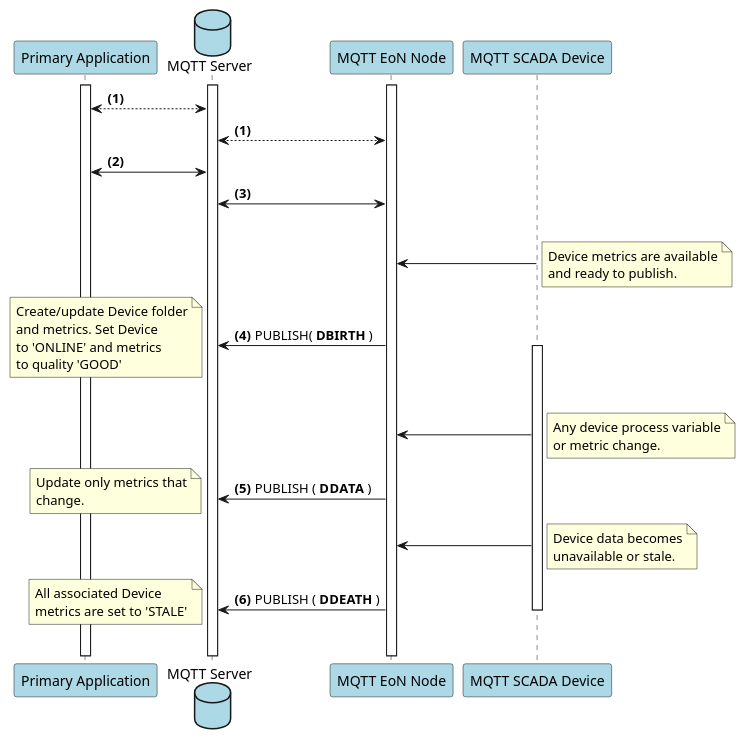
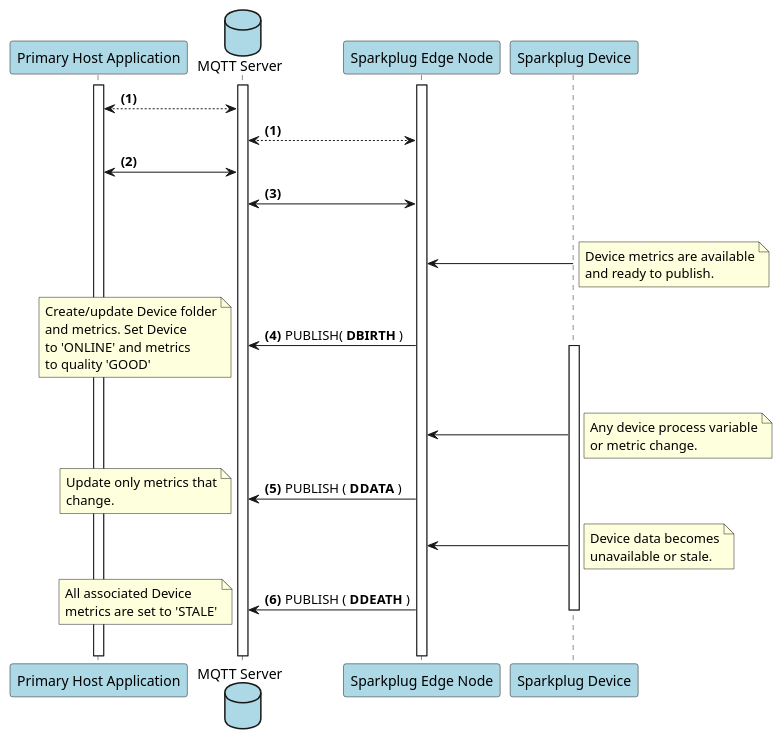
Before and after one commit to eclipse-sparkplug/sparkplug: the diagram in specification/src/main/asciidoc/assets/plantuml/mqtt-device-session-establishment.puml, drawn with PlantUML. The commit also changed 6 other files, not shown here.

```diff
--- a/specification/src/main/asciidoc/assets/plantuml/mqtt-device-session-establishment.puml
+++ b/specification/src/main/asciidoc/assets/plantuml/mqtt-device-session-establishment.puml
@@ -1,72 +1,72 @@
 @startuml
-participant "Primary Application" as PrimApp #lightblue
+participant "Primary Host Application" as PrimApp #lightblue
 database "MQTT Server" as Server #lightblue
-participant "MQTT EoN Node" as EoN #lightblue
-participant "MQTT SCADA Device" as Device #lightblue
+participant "Sparkplug Edge Node" as EdgeNode #lightblue
+participant "Sparkplug Device" as Device #lightblue
 
 activate PrimApp
 activate Server
-activate EoN
+activate EdgeNode
 
 
 autonumber 1 "<b>(#)"
 PrimApp <--> Server
 autonumber 1 "<b>(#)"
-Server <--> EoN
+Server <--> EdgeNode
 
 PrimApp <-> Server
-Server <-> EoN
+Server <-> EdgeNode
 
 |||
 
 autonumber stop
-EoN <- Device
+EdgeNode <- Device
 note right
 Device metrics are available
 and ready to publish.
 end note
 
 autonumber 4 "<b>(#)"
-Server <- EoN : PUBLISH( **DBIRTH** )
+Server <- EdgeNode : PUBLISH( **DBIRTH** )
 activate Device
 note left
 Create/update Device folder
 and metrics. Set Device
 to 'ONLINE' and metrics
 to quality 'GOOD'
 end note
 
 |||
 
 autonumber stop
-EoN <- Device
+EdgeNode <- Device
 note right
 Any device process variable
 or metric change.
 end note
 
 autonumber 5 "<b>(#)"
-Server <- EoN : PUBLISH ( **DDATA** )
+Server <- EdgeNode : PUBLISH ( **DDATA** )
 note left
 Update only metrics that
 change.
 end note
 
 autonumber stop
-EoN <- Device
+EdgeNode <- Device
 note right
 Device data becomes
 unavailable or stale.
 end note
 
 autonumber 6 "<b>(#)"
-Server <- EoN : PUBLISH ( **DDEATH** )
+Server <- EdgeNode : PUBLISH ( **DDEATH** )
 note left
 All associated Device
 metrics are set to 'STALE'
 end note
 
 deactivate Device
 
 |||
 @enduml
```
